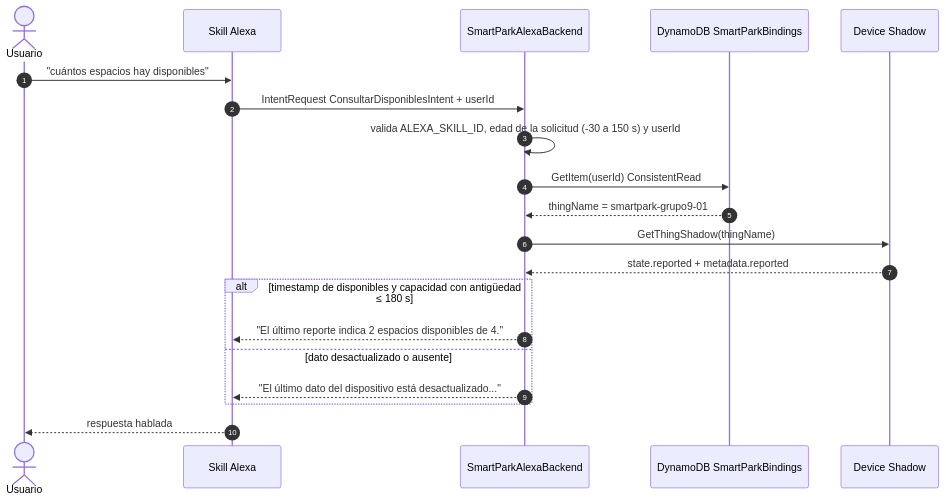
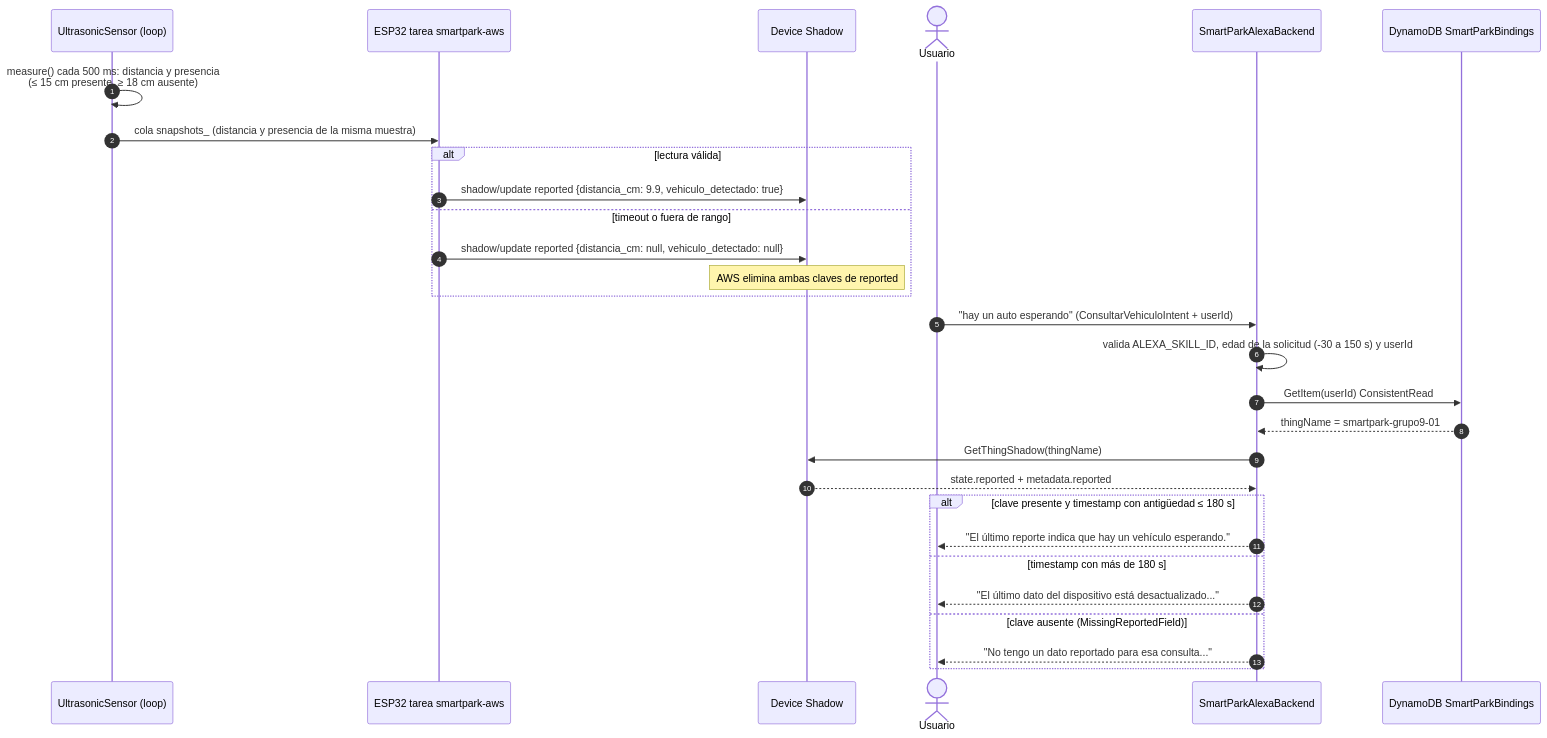
The fourth of 13 diagrams in docs/informe-practica-4.md (ciriarte-dev/smartpark-iot-practice-4-aws-alexa), drawn with Mermaid before and after one commit. The commit also changed other lines of this file, not shown here.

````diff
--- a/docs/informe-practica-4.md
+++ b/docs/informe-practica-4.md
@@ -428,22 +450,31 @@
 ```mermaid
 sequenceDiagram
     autonumber
+    participant US as UltrasonicSensor (loop)
+    participant NET as ESP32 tarea smartpark-aws
+    participant SH as Device Shadow
     actor U as Usuario
-    participant AX as Skill Alexa
     participant LA as SmartParkAlexaBackend
     participant TB as DynamoDB SmartParkBindings
-    participant SH as Device Shadow
-    U->>AX: "cuántos espacios hay disponibles"
-    AX->>LA: IntentRequest ConsultarDisponiblesIntent + userId
+    US->>US: measure() cada 500 ms: distancia y presencia<br/>(≤ 15 cm presente, ≥ 18 cm ausente)
+    US->>NET: cola snapshots_ (distancia y presencia de la misma muestra)
+    alt lectura válida
+        NET->>SH: shadow/update reported {distancia_cm: 9.9, vehiculo_detectado: true}
+    else timeout o fuera de rango
+        NET->>SH: shadow/update reported {distancia_cm: null, vehiculo_detectado: null}
+        Note over SH: AWS elimina ambas claves de reported
+    end
+    U->>LA: "hay un auto esperando" (ConsultarVehiculoIntent + userId)
     LA->>LA: valida ALEXA_SKILL_ID, edad de la solicitud (-30 a 150 s) y userId
     LA->>TB: GetItem(userId) ConsistentRead
     TB-->>LA: thingName = smartpark-grupo9-01
     LA->>SH: GetThingShadow(thingName)
     SH-->>LA: state.reported + metadata.reported
-    alt timestamp de disponibles y capacidad con antigüedad ≤ 180 s
-        LA-->>AX: "El último reporte indica 2 espacios disponibles de 4."
-    else dato desactualizado o ausente
-        LA-->>AX: "El último dato del dispositivo está desactualizado..."
+    alt clave presente y timestamp con antigüedad ≤ 180 s
+        LA-->>U: "El último reporte indica que hay un vehículo esperando."
+    else timestamp con más de 180 s
+        LA-->>U: "El último dato del dispositivo está desactualizado..."
+    else clave ausente (MissingReportedField)
+        LA-->>U: "No tengo un dato reportado para esa consulta..."
     end
-    AX-->>U: respuesta hablada
 ```
````
